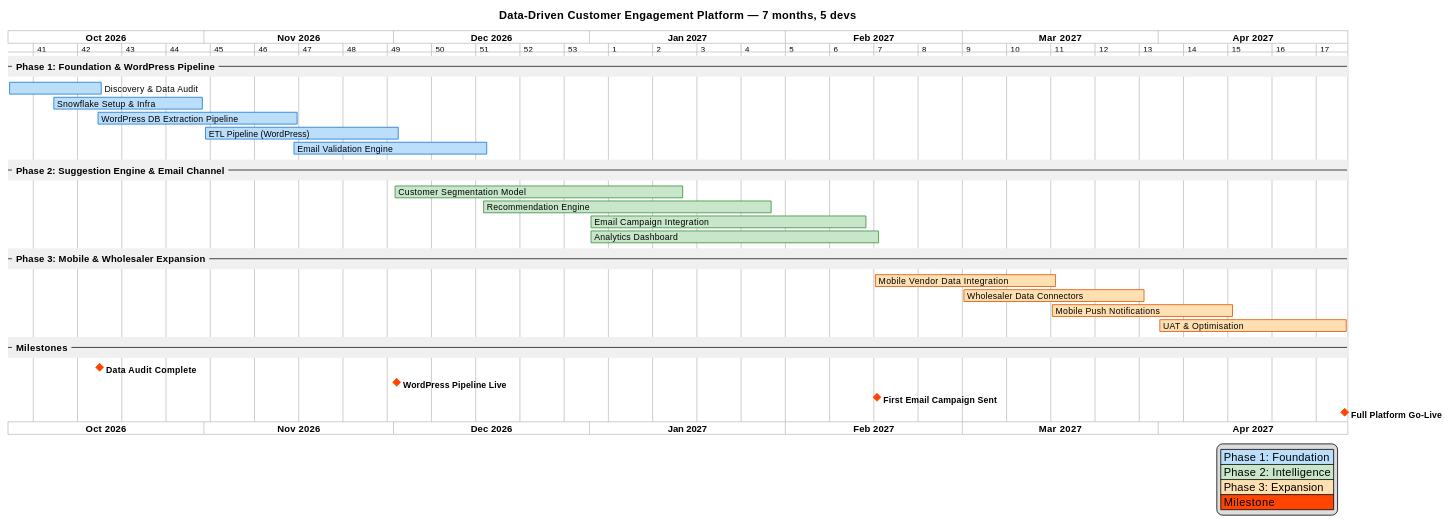
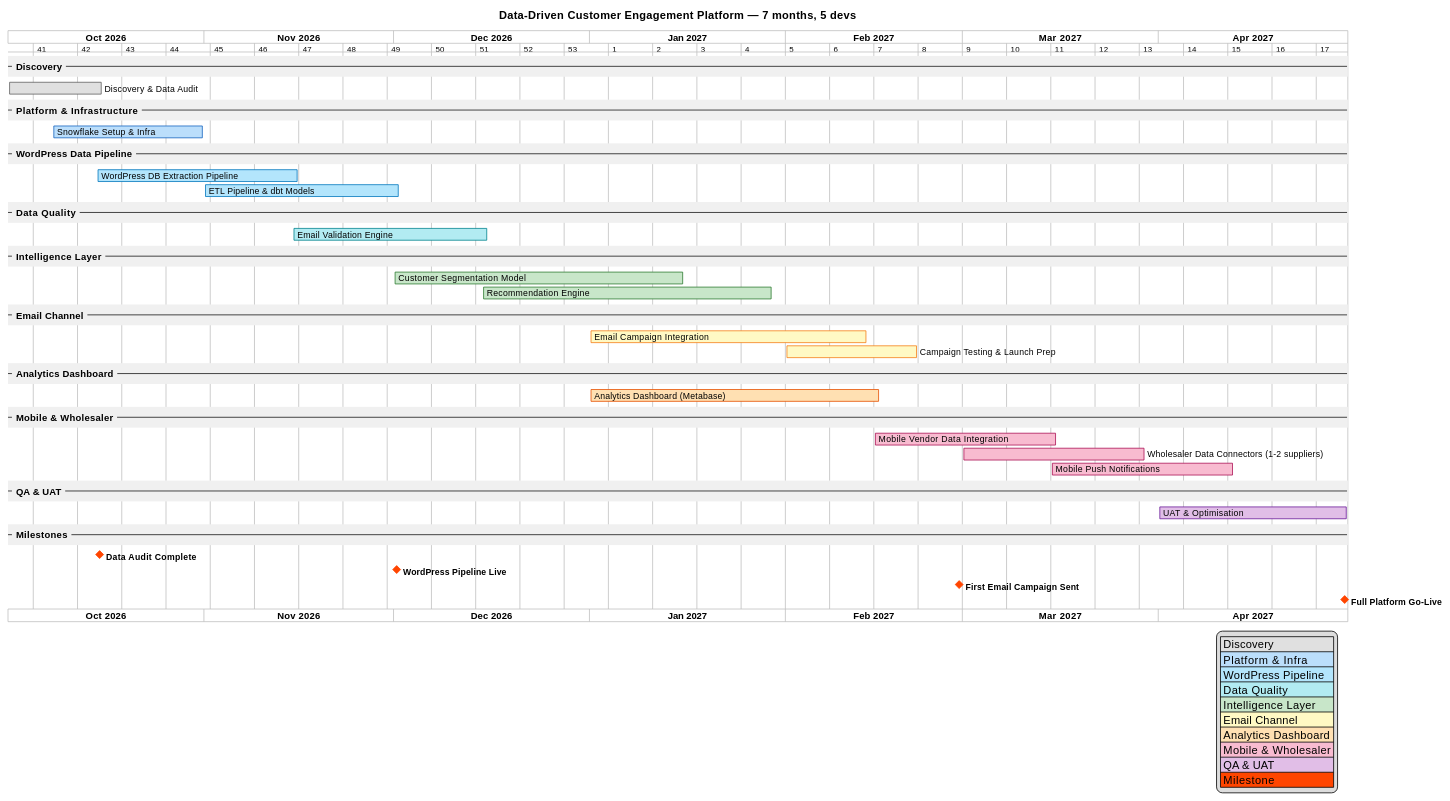
Before and after one commit to mosurekImagination/solution-architecture-case-studies: the second of 2 diagrams in 02/docs/solution-design.adoc, drawn with PlantUML. The commit also changed other lines of this file and 8 other files, not shown here.

Commit message:
gant chart updates

```diff
--- a/02/docs/solution-design.adoc
+++ b/02/docs/solution-design.adoc
@@ -836,48 +807,68 @@
 }
 </style>
 
--- Phase 1: Foundation & WordPress Pipeline --
+-- Discovery --
 [Discovery & Data Audit] starts 2026-10-01 and ends 2026-10-15
-[Discovery & Data Audit] is colored in #BBDEFB/#1976D2
+[Discovery & Data Audit] is colored in #E0E0E0/#616161
+
+-- Platform & Infrastructure --
 [Snowflake Setup & Infra] starts 2026-10-08 and ends 2026-10-31
-[Snowflake Setup & Infra] is colored in #BBDEFB/#1976D2
+[Snowflake Setup & Infra] is colored in #BBDEFB/#1565C0
+
+-- WordPress Data Pipeline --
 [WordPress DB Extraction Pipeline] starts 2026-10-15 and ends 2026-11-15
-[WordPress DB Extraction Pipeline] is colored in #BBDEFB/#1976D2
-[ETL Pipeline (WordPress)] starts 2026-11-01 and ends 2026-12-01
-[ETL Pipeline (WordPress)] is colored in #BBDEFB/#1976D2
+[WordPress DB Extraction Pipeline] is colored in #B3E5FC/#0277BD
+[ETL Pipeline & dbt Models] starts 2026-11-01 and ends 2026-12-01
+[ETL Pipeline & dbt Models] is colored in #B3E5FC/#0277BD
+
+-- Data Quality --
 [Email Validation Engine] starts 2026-11-15 and ends 2026-12-15
-[Email Validation Engine] is colored in #BBDEFB/#1976D2
+[Email Validation Engine] is colored in #B2EBF2/#00838F
 
--- Phase 2: Suggestion Engine & Email Channel --
+-- Intelligence Layer --
 [Customer Segmentation Model] starts 2026-12-01 and ends 2027-01-15
-[Customer Segmentation Model] is colored in #C8E6C9/#388E3C
+[Customer Segmentation Model] is colored in #C8E6C9/#2E7D32
 [Recommendation Engine] starts 2026-12-15 and ends 2027-01-29
-[Recommendation Engine] is colored in #C8E6C9/#388E3C
+[Recommendation Engine] is colored in #C8E6C9/#2E7D32
+
+-- Email Channel --
 [Email Campaign Integration] starts 2027-01-01 and ends 2027-02-13
-[Email Campaign Integration] is colored in #C8E6C9/#388E3C
-[Analytics Dashboard] starts 2027-01-01 and ends 2027-02-15
-[Analytics Dashboard] is colored in #C8E6C9/#388E3C
+[Email Campaign Integration] is colored in #FFF9C4/#F57F17
+[Campaign Testing & Launch Prep] starts 2027-02-01 and ends 2027-02-21
+[Campaign Testing & Launch Prep] is colored in #FFF9C4/#F57F17
 
--- Phase 3: Mobile & Wholesaler Expansion --
+-- Analytics Dashboard --
+[Analytics Dashboard (Metabase)] starts 2027-01-01 and ends 2027-02-15
+[Analytics Dashboard (Metabase)] is colored in #FFE0B2/#E65100
+
+-- Mobile & Wholesaler --
 [Mobile Vendor Data Integration] starts 2027-02-15 and ends 2027-03-15
-[Mobile Vendor Data Integration] is colored in #FFE0B2/#E65100
-[Wholesaler Data Connectors] starts 2027-03-01 and ends 2027-03-29
-[Wholesaler Data Connectors] is colored in #FFE0B2/#E65100
+[Mobile Vendor Data Integration] is colored in #F8BBD0/#AD1457
+[Wholesaler Data Connectors (1-2 suppliers)] starts 2027-03-01 and ends 2027-03-29
+[Wholesaler Data Connectors (1-2 suppliers)] is colored in #F8BBD0/#AD1457
 [Mobile Push Notifications] starts 2027-03-15 and ends 2027-04-12
-[Mobile Push Notifications] is colored in #FFE0B2/#E65100
+[Mobile Push Notifications] is colored in #F8BBD0/#AD1457
+
+-- QA & UAT --
 [UAT & Optimisation] starts 2027-04-01 and ends 2027-04-30
-[UAT & Optimisation] is colored in #FFE0B2/#E65100
+[UAT & Optimisation] is colored in #E1BEE7/#6A1B9A
 
 -- Milestones --
 [Data Audit Complete] happens 2026-10-15
 [WordPress Pipeline Live] happens 2026-12-01
-[First Email Campaign Sent] happens 2027-02-15
+[First Email Campaign Sent] happens 2027-02-28
 [Full Platform Go-Live] happens 2027-04-30
 
 legend right
-  |<#BBDEFB> Phase 1: Foundation |
-  |<#C8E6C9> Phase 2: Intelligence |
-  |<#FFE0B2> Phase 3: Expansion |
+  |<#E0E0E0> Discovery |
+  |<#BBDEFB> Platform & Infra |
+  |<#B3E5FC> WordPress Pipeline |
+  |<#B2EBF2> Data Quality |
+  |<#C8E6C9> Intelligence Layer |
+  |<#FFF9C4> Email Channel |
+  |<#FFE0B2> Analytics Dashboard |
+  |<#F8BBD0> Mobile & Wholesaler |
+  |<#E1BEE7> QA & UAT |
   |<#OrangeRed> Milestone |
 end legend
 @endgantt
```
